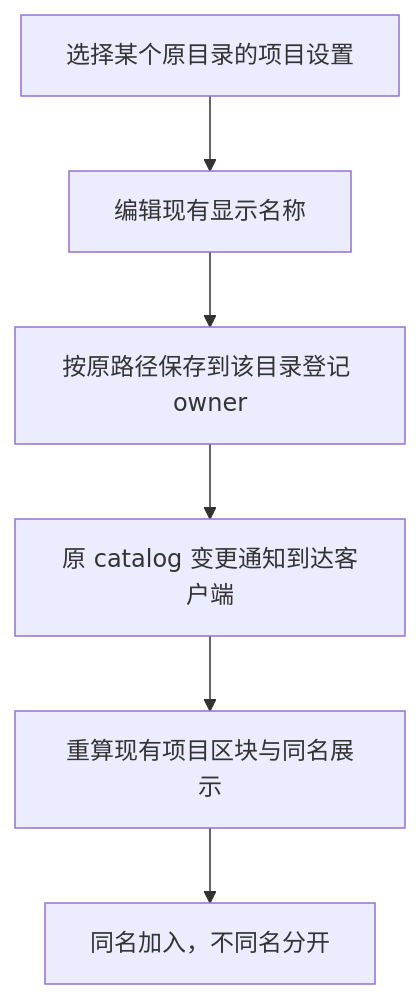
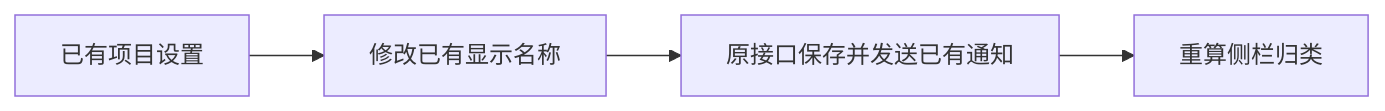
One commit to Fartown/orca changed the second of 2 diagrams in docs/issue/侧栏项目合并/solutions/项目分组最小改动方案-10-23.md. Above: the diagram before and after it, drawn with Mermaid. The commit also changed other lines of this file and 54 other files, not shown here.

````diff
--- a/docs/issue/侧栏项目合并/solutions/项目分组最小改动方案-10-23.md
+++ b/docs/issue/侧栏项目合并/solutions/项目分组最小改动方案-10-23.md
@@ -120,8 +125,6 @@
 ```mermaid
-flowchart TD
-  A["选择某个原目录的项目设置"] --> B["编辑现有显示名称"]
-  B --> C["按原路径保存到该目录登记 owner"]
-  C --> D["原 catalog 变更通知到达客户端"]
-  D --> E["重算现有项目区块与同名展示"]
-  E --> F["同名加入，不同名分开"]
+flowchart LR
+  A[已有项目设置] --> B[修改已有显示名称]
+  B --> C[原接口保存并发送已有通知]
+  C --> D[重算侧栏归类]
 ```
````
